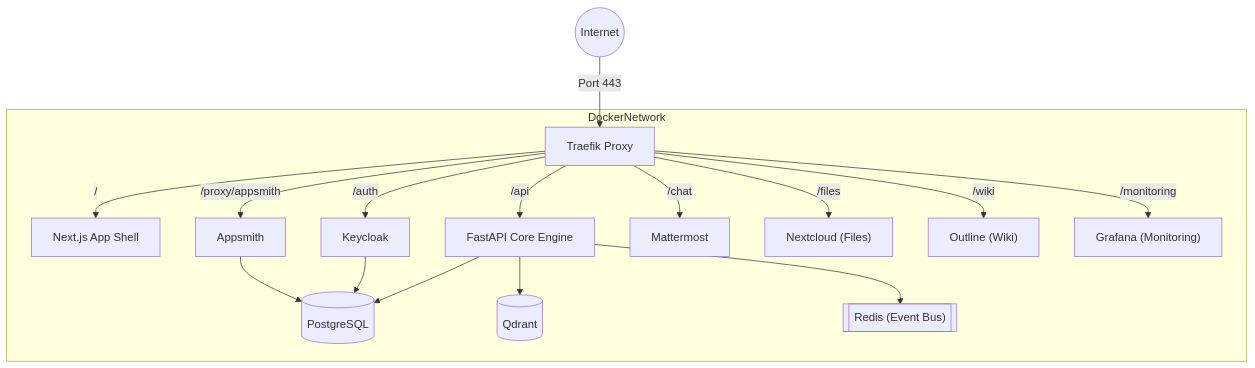
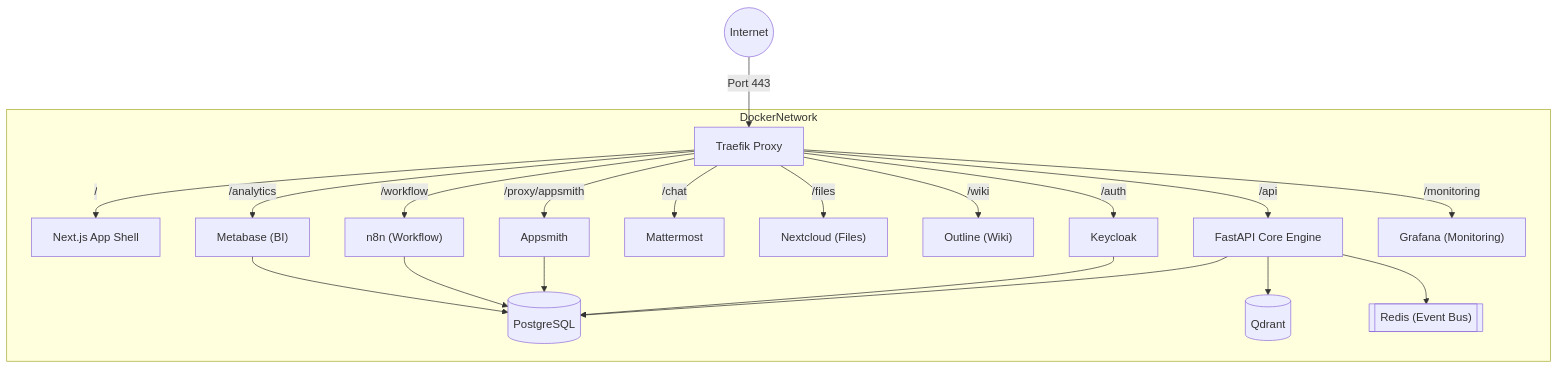
Before and after one commit to CuongKenn/ICTU_Proteus-os: the first of 2 diagrams in docs/deployment.md, drawn with Mermaid. The commit also changed other lines of this file and 7 other files, not shown here.

````diff
--- a/docs/deployment.md
+++ b/docs/deployment.md
@@ -44,33 +46,39 @@
 ```mermaid
 graph TD
     Internet((Internet)) -->|"Port 443"| Traefik["Traefik Proxy"]
     
     subgraph DockerNetwork
         UI["Next.js App Shell"]
         Core["FastAPI Core Engine"]
         Keycloak["Keycloak"]
         Appsmith["Appsmith"]
         Mattermost["Mattermost"]
         Nextcloud["Nextcloud (Files)"]
         Outline["Outline (Wiki)"]
+        N8n["n8n (Workflow)"]
+        Metabase["Metabase (BI)"]
         Grafana["Grafana (Monitoring)"]
         PG[("PostgreSQL")]
         Qdrant[("Qdrant")]
         Redis[["Redis (Event Bus)"]]
         
         Traefik -->|"/"| UI
         Traefik -->|"/api"| Core
         Traefik -->|"/auth"| Keycloak
         Traefik -->|"/proxy/appsmith"| Appsmith
         Traefik -->|"/chat"| Mattermost
         Traefik -->|"/files"| Nextcloud
         Traefik -->|"/wiki"| Outline
+        Traefik -->|"/workflow"| N8n
+        Traefik -->|"/analytics"| Metabase
         Traefik -->|"/monitoring"| Grafana
         
         Core --> PG
         Core --> Qdrant
         Core --> Redis
         Keycloak --> PG
         Appsmith --> PG
+        N8n --> PG
+        Metabase --> PG
     end
 ```
````
